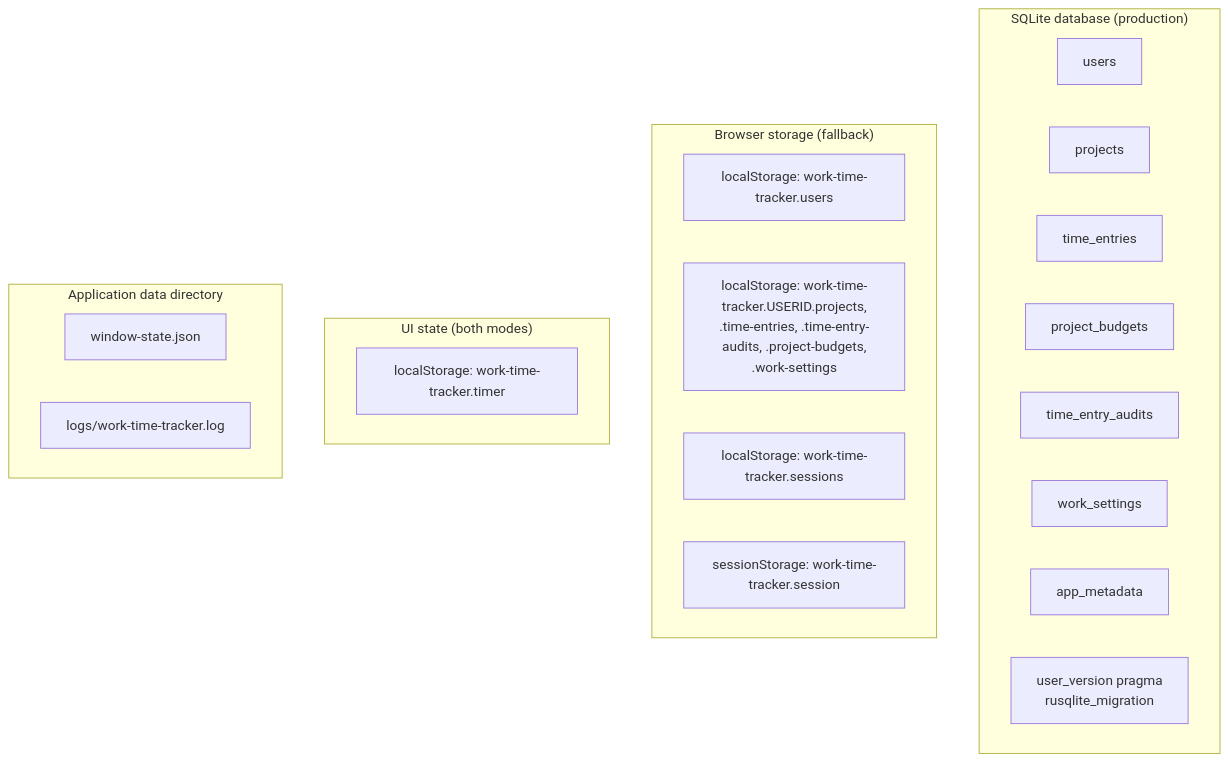
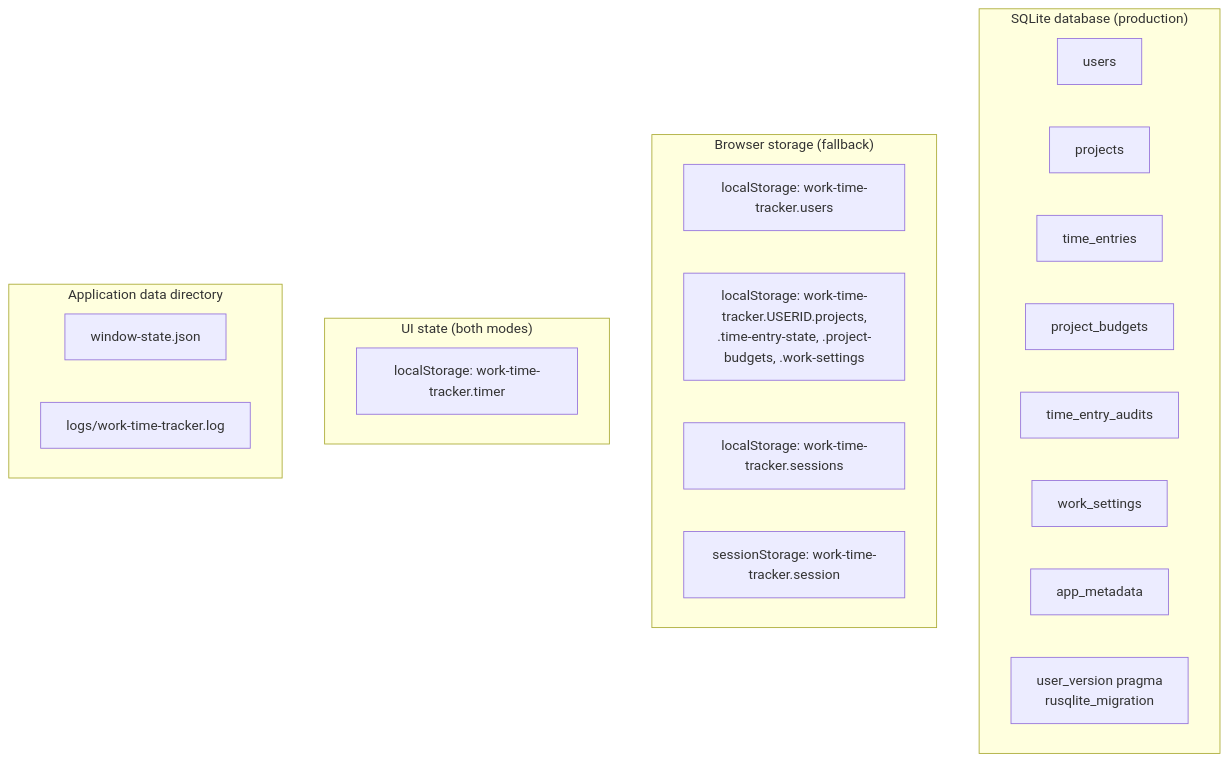
One commit to serious6/WorkTimeTracker changed the second of 3 diagrams in docs/data-model.md. Above: the diagram before and after it, drawn with Mermaid. The commit also changed 2 other files, not shown here.

Commit message:
Fix monthly export future balances

````diff
--- a/docs/data-model.md
+++ b/docs/data-model.md
@@ -33,29 +33,29 @@
 ```mermaid
 flowchart TB
   subgraph sqlite["SQLite database (production)"]
     users_t["users"]
     projects_t["projects"]
     entries_t["time_entries"]
     budgets_t["project_budgets"]
     audits_t["time_entry_audits"]
     settings_t["work_settings"]
     meta_t["app_metadata"]
     version_t["user_version pragma<br/>rusqlite_migration"]
   end
 
   subgraph browser["Browser storage (fallback)"]
     ls_users["localStorage: work-time-tracker.users"]
-    ls_scoped["localStorage: work-time-tracker.USERID.projects,<br/>.time-entries, .time-entry-audits, .project-budgets,<br/>.work-settings"]
+    ls_scoped["localStorage: work-time-tracker.USERID.projects,<br/>.time-entry-state, .project-budgets, .work-settings"]
     ls_sessions["localStorage: work-time-tracker.sessions"]
     ss_session["sessionStorage: work-time-tracker.session"]
   end
 
   subgraph ui["UI state (both modes)"]
     ls_timer["localStorage: work-time-tracker.timer"]
   end
 
   subgraph fs["Application data directory"]
     win["window-state.json"]
     log["logs/work-time-tracker.log"]
   end
 ```
````
